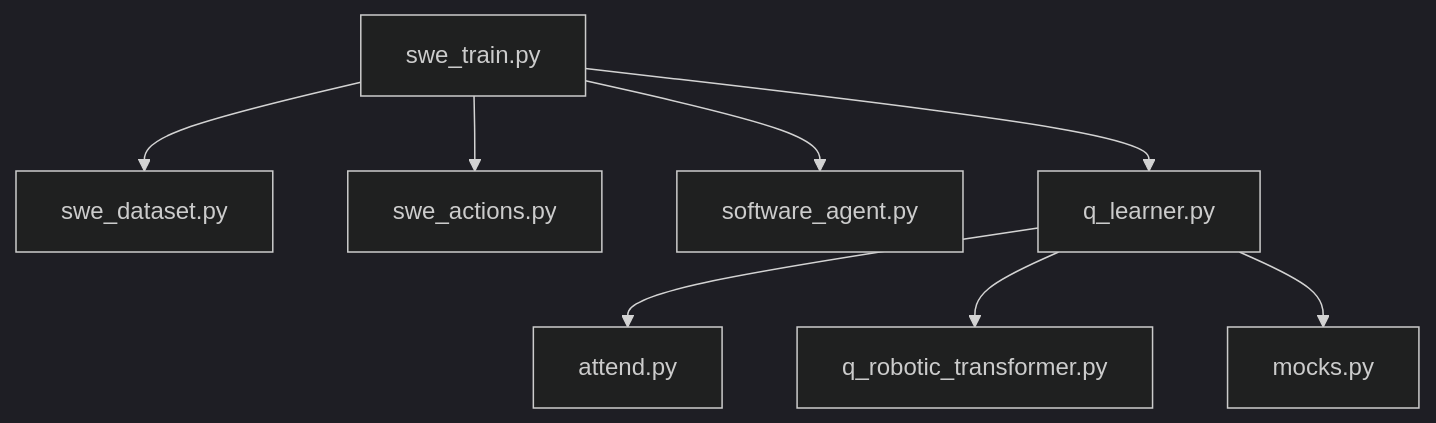
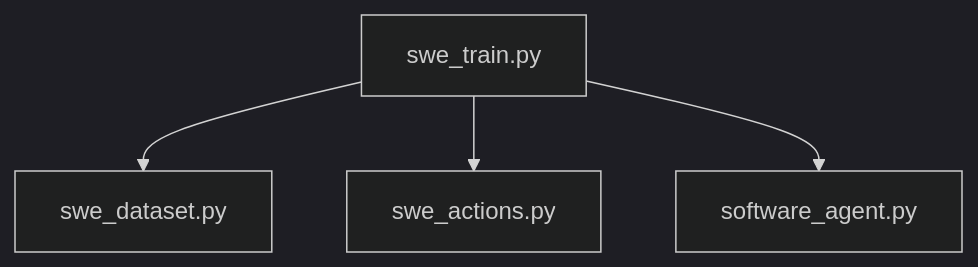
One commit to peytontolbert/OpenStrawberry changed the seventh of 7 diagrams in docs/swe_module/swe_train_docs.md. Above: the diagram before and after it, drawn with Mermaid (dark theme). The commit also changed other lines of this file, not shown here.

Commit message:
updates to SWE docs..

````diff
--- a/docs/swe_module/swe_train_docs.md
+++ b/docs/swe_module/swe_train_docs.md
@@ -330,19 +295,11 @@
 ```mermaid
 graph TB
     SweTrain[swe_train.py]
     SweDataset[swe_dataset.py]
     SweActions[swe_actions.py]
     SoftwareAgent[software_agent.py]
-    QLearner[q_learner.py]
-    Attend[attend.py]
-    Mocks[mocks.py]
-    QRoboticTransformer[q_robotic_transformer.py]
 
     SweTrain --> SweDataset
     SweTrain --> SweActions
     SweTrain --> SoftwareAgent
-    SweTrain --> QLearner
-    QLearner --> Attend
-    QLearner --> QRoboticTransformer
-    QLearner --> Mocks
 ```
````
